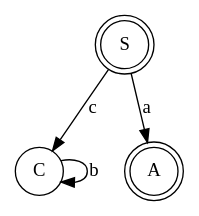
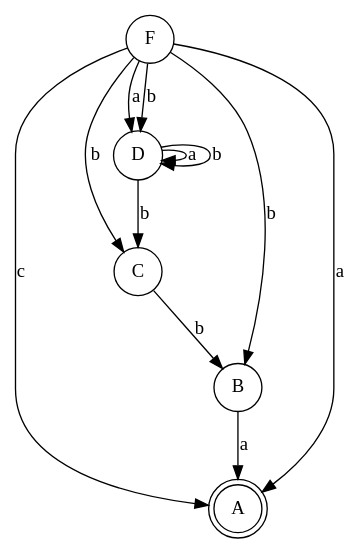
One commit to fnmartinez/TLATPE changed the diagram in out.dot. Above: the diagram before and after it, drawn with Graphviz. The commit also changed 2 other files, not shown here.

```diff
--- a/out.dot
+++ b/out.dot
@@ -1,8 +1,18 @@
 digraph{
-node[shape=doublecircle] NodeS [label="S"];
+node[shape=circle] NodeF [label="F"];
+node[shape=circle] NodeB [label="B"];
+node[shape=doublecircle] NodeA [label="A"];
+node[shape=circle] NodeD [label="D"];
 node[shape=circle] NodeC [label="C"];
-node[shape=doublecircle] NodeA [label="A"];
-NodeS->NodeA [label="a"];
-NodeS->NodeC [label="c"];
-NodeC->NodeC [label="b"];
+NodeB->NodeA [label="a"];
+NodeF->NodeD [label="a"];
+NodeC->NodeB [label="b"];
+NodeF->NodeA [label="c"];
+NodeD->NodeC [label="b"];
+NodeF->NodeD [label="b"];
+NodeD->NodeD [label="a"];
+NodeF->NodeB [label="b"];
+NodeD->NodeD [label="b"];
+NodeF->NodeA [label="a"];
+NodeF->NodeC [label="b"];
 }
```
